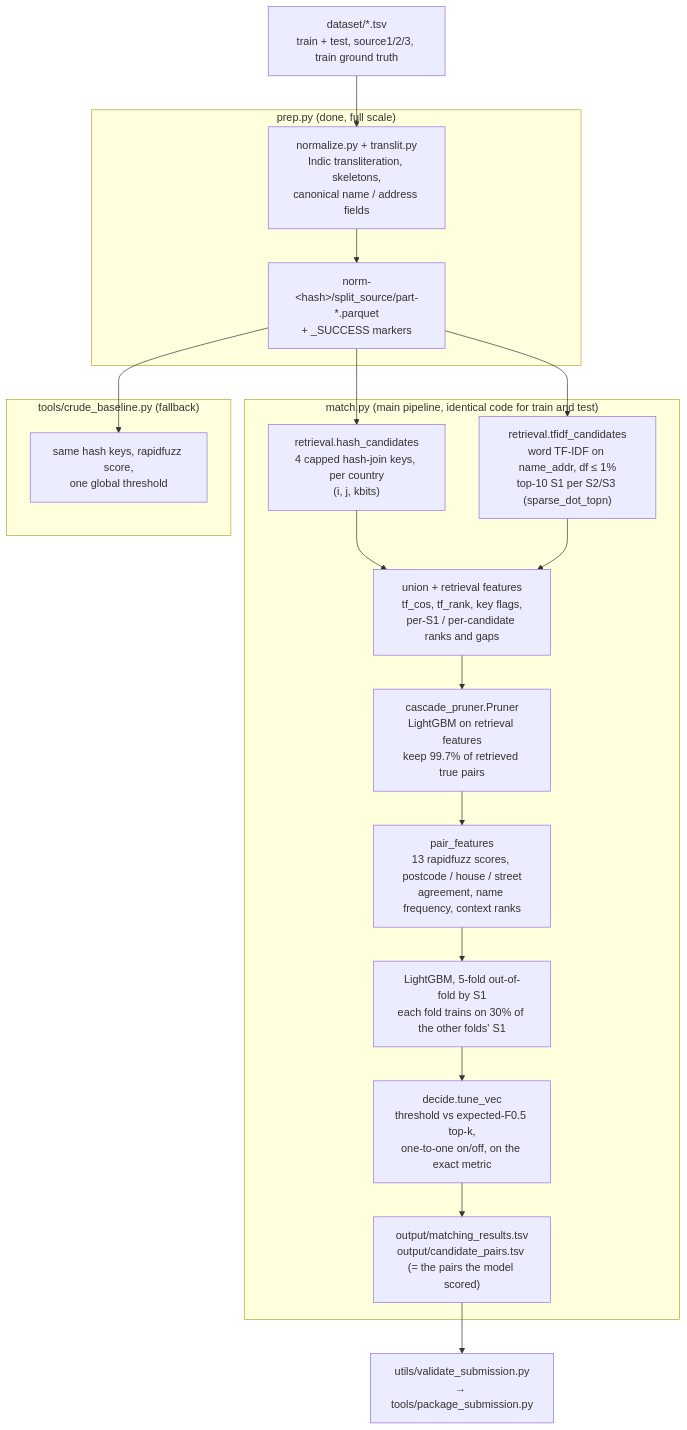
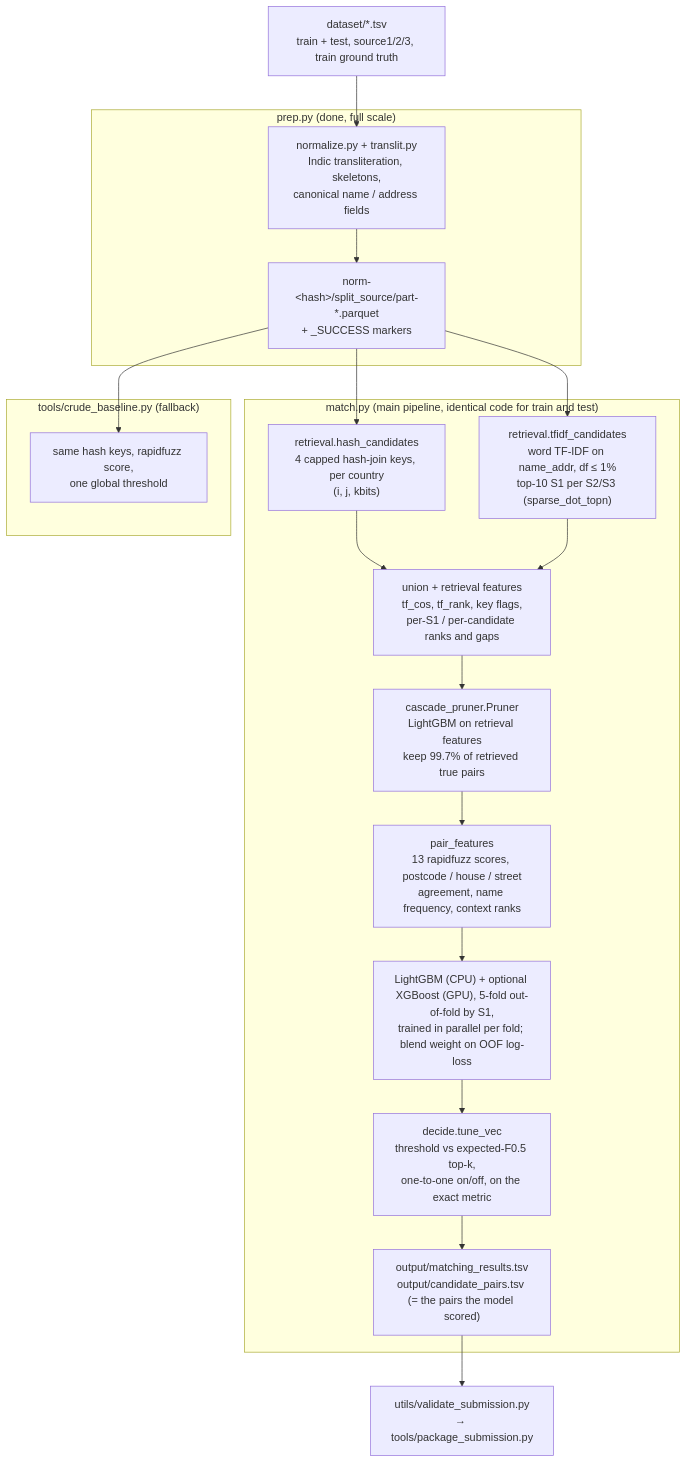
One commit to nocool235/napy-ML-challenge changed the diagram in ARCHITECTURE.md. Above: the diagram before and after it, drawn with Mermaid. The commit also changed other lines of this file and 13 other files, not shown here.

````diff
--- a/ARCHITECTURE.md
+++ b/ARCHITECTURE.md
@@ -47,34 +47,34 @@
 ```mermaid
 flowchart TD
     RAW["dataset/*.tsv<br/>train + test, source1/2/3, train ground truth"]
 
     subgraph PREP["prep.py (done, full scale)"]
         P1["normalize.py + translit.py<br/>Indic transliteration, skeletons,<br/>canonical name / address fields"]
         P2["norm-&lt;hash&gt;/split_source/part-*.parquet<br/>+ _SUCCESS markers"]
         P1 --> P2
     end
     RAW --> P1
 
     subgraph MAIN["match.py (main pipeline, identical code for train and test)"]
         R1["retrieval.hash_candidates<br/>4 capped hash-join keys, per country<br/>(i, j, kbits)"]
         R2["retrieval.tfidf_candidates<br/>word TF-IDF on name_addr, df ≤ 1%<br/>top-10 S1 per S2/S3 (sparse_dot_topn)"]
         U["union + retrieval features<br/>tf_cos, tf_rank, key flags,<br/>per-S1 / per-candidate ranks and gaps"]
         PR["cascade_pruner.Pruner<br/>LightGBM on retrieval features<br/>keep 99.7% of retrieved true pairs"]
         FE["pair_features<br/>13 rapidfuzz scores, postcode / house / street<br/>agreement, name frequency, context ranks"]
-        M["LightGBM, 5-fold out-of-fold by S1<br/>each fold trains on 30% of the other folds' S1"]
+        M["LightGBM (CPU) + optional XGBoost (GPU), 5-fold out-of-fold by S1,<br/>trained in parallel per fold; blend weight on OOF log-loss"]
         D["decide.tune_vec<br/>threshold vs expected-F0.5 top-k,<br/>one-to-one on/off, on the exact metric"]
         O["output/matching_results.tsv<br/>output/candidate_pairs.tsv (= the pairs the model scored)"]
         R1 --> U
         R2 --> U
         U --> PR --> FE --> M --> D --> O
     end
     P2 --> R1
     P2 --> R2
 
     subgraph FALL["tools/crude_baseline.py (fallback)"]
         C1["same hash keys, rapidfuzz score,<br/>one global threshold"]
     end
     P2 --> C1
 
     O --> V["utils/validate_submission.py<br/>→ tools/package_submission.py"]
 ```
````
